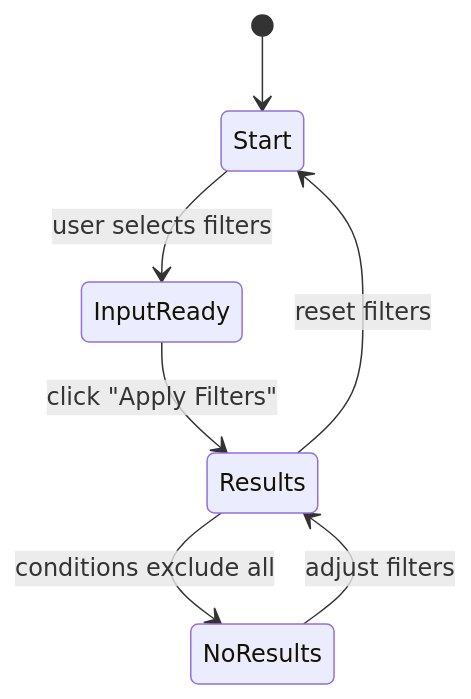
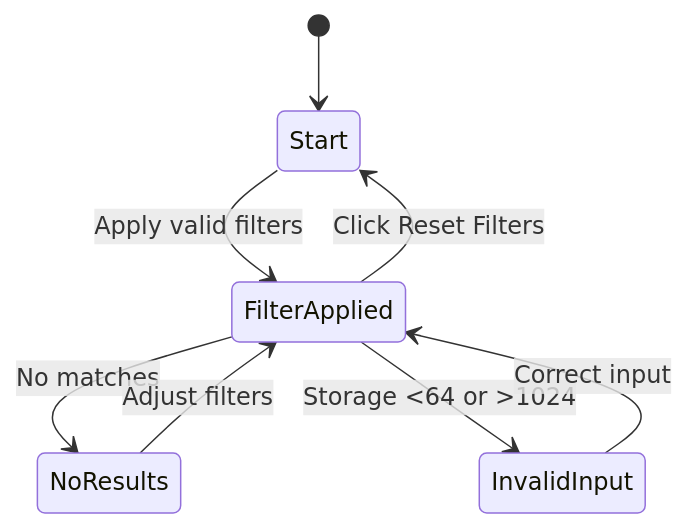
One commit to Simret/swt-wk-4 changed the diagram in Test_Report_Summary.md. Above: the diagram before and after it, drawn with Mermaid. The commit also changed other lines of this file, not shown here.

````diff
--- a/Test_Report_Summary.md
+++ b/Test_Report_Summary.md
@@ -82,9 +82,11 @@
 ```mermaid
 stateDiagram-v2
   [*] --> Start
-  Start --> InputReady: user selects filters
-  InputReady --> Results: click "Apply Filters"
-  Results --> NoResults: conditions exclude all
-  NoResults --> Results: adjust filters
-  Results --> Start: reset filters
+  Start --> FilterApplied: Apply valid filters
+  FilterApplied --> NoResults: No matches
+  NoResults --> FilterApplied: Adjust filters
+  FilterApplied --> InvalidInput: Storage <64 or >1024
+  InvalidInput --> FilterApplied: Correct input
+  FilterApplied --> Start: Click Reset Filters
+
 ```
````
